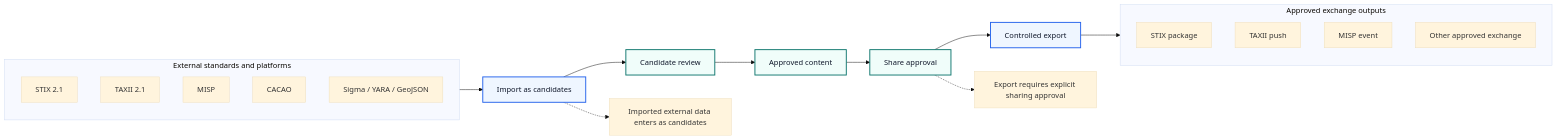
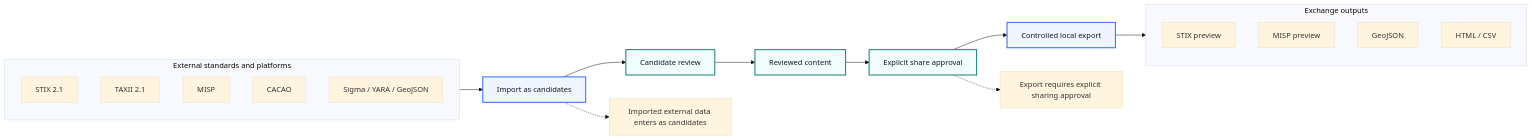
Before and after one commit to GJvManen/legolens-core: the fourth of 5 diagrams in README.md, drawn with Mermaid (base theme). The commit also changed other lines of this file, not shown here.

````diff
--- a/README.md
+++ b/README.md
@@ -83,33 +128,33 @@
 ```mermaid
 flowchart LR
     subgraph External[External standards and platforms]
         STIX[STIX 2.1]
         TAXII[TAXII 2.1]
         MISP[MISP]
         CACAO[CACAO]
         OTHER[Sigma / YARA / GeoJSON]
     end
 
     External --> IC[Import as candidates]
     IC --> CR[Candidate review]
-    CR --> AP[Approved content]
-    AP --> SA[Share approval]
-    SA --> EXP[Controlled export]
+    CR --> AP[Reviewed content]
+    AP --> SA[Explicit share approval]
+    SA --> EXP[Controlled local export]
 
-    subgraph Outputs[Approved exchange outputs]
-        O1[STIX package]
-        O2[TAXII push]
-        O3[MISP event]
-        O4[Other approved exchange]
+    subgraph Outputs[Exchange outputs]
+        O1[STIX preview]
+        O2[MISP preview]
+        O3[GeoJSON]
+        O4[HTML / CSV]
     end
 
     EXP --> Outputs
 
     IC -.-> R1[Imported external data enters as candidates]
     SA -.-> R2[Export requires explicit sharing approval]
 
     classDef import fill:#eff6ff,stroke:#2563eb,stroke-width:2px,color:#0f172a;
     classDef approval fill:#f0fdfa,stroke:#0f766e,stroke-width:2px,color:#0f172a;
     class IC,EXP import;
     class CR,AP,SA approval;
 ```
````
